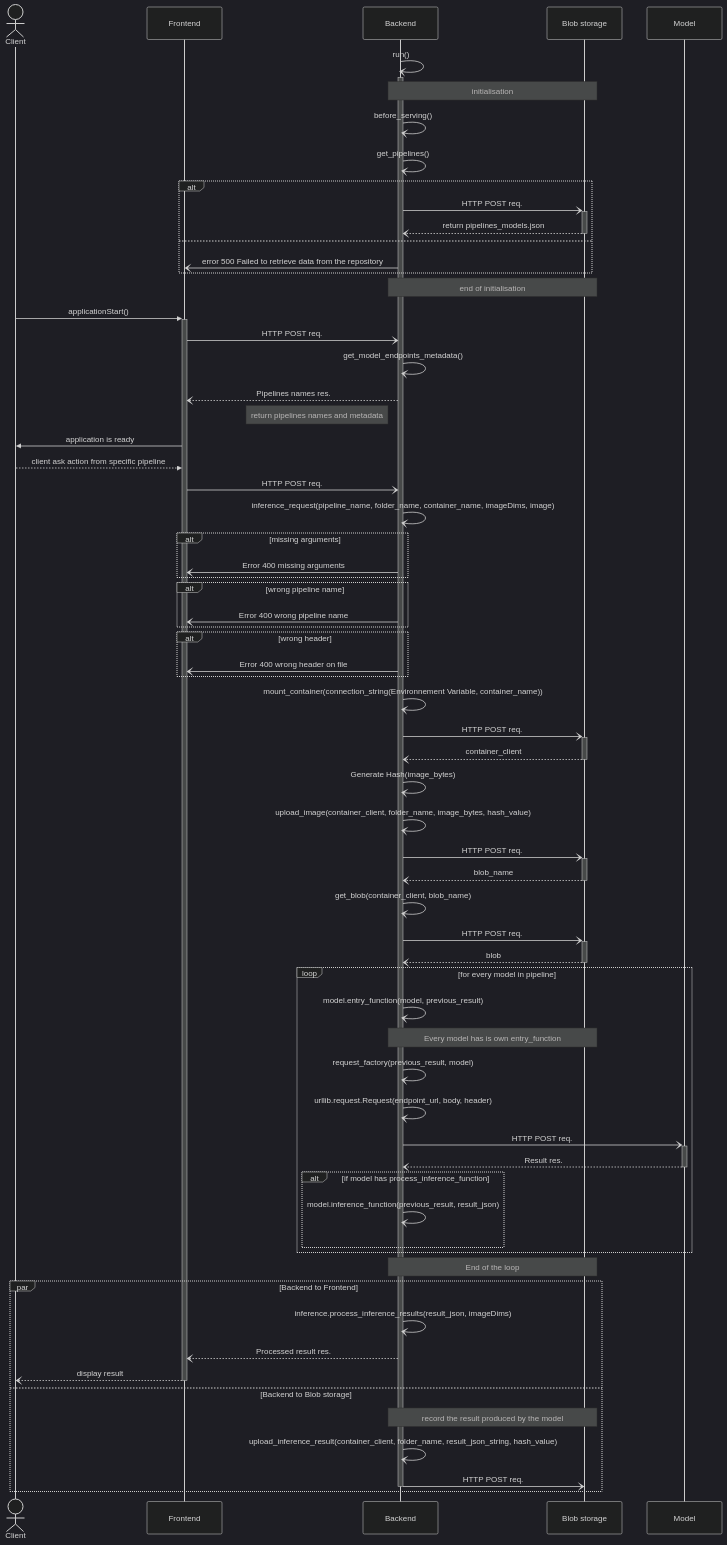
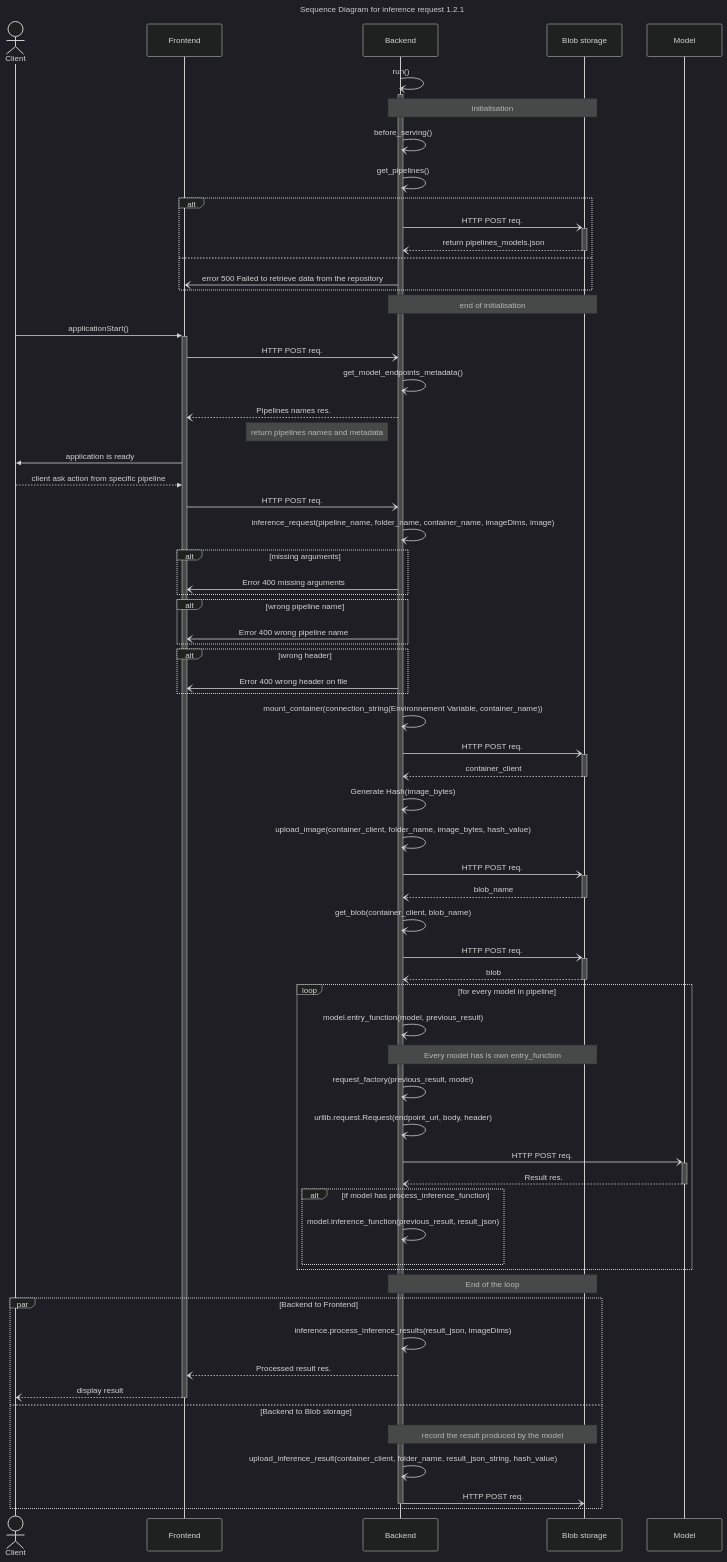
One commit to ai-cfia/nachet-backend changed the second of 2 diagrams in docs/nachet-inference-documentation.md. Above: the diagram before and after it, drawn with Mermaid (dark theme). The commit also changed other lines of this file and 4 other files, not shown here.

````diff
--- a/docs/nachet-inference-documentation.md
+++ b/docs/nachet-inference-documentation.md
@@ -62,77 +60,77 @@
 ```mermaid
 sequenceDiagram
-
+  title: Sequence Diagram for inference request 1.2.1
     actor Client
     participant Frontend
     participant Backend
     participant Blob storage
     participant Model
 
     Backend-)+Backend: run()
     Note over Backend,Blob storage: initialisation
     Backend-)Backend: before_serving()
     Backend-)Backend: get_pipelines()
     alt
     Backend-)+Blob storage: HTTP POST req.
     Blob storage--)-Backend: return pipelines_models.json
     else
     Backend-)Frontend: error 500 Failed to retrieve data from the repository
     end
     Note over Backend,Blob storage: end of initialisation
 
     Client->>+Frontend: applicationStart()
     Frontend-)Backend: HTTP POST req.
     Backend-)Backend: get_model_endpoints_metadata()
     Backend--)Frontend: Pipelines names res.
     Note left of Backend: return pipelines names and metadata
 
     Frontend->>Client: application is ready
     Client-->>Frontend: client ask action from specific pipeline
     Frontend-)Backend: HTTP POST req.
     Backend-)Backend: inference_request(pipeline_name, folder_name, container_name, imageDims, image)
     alt missing arguments
     Backend-)Frontend: Error 400 missing arguments
     end
     alt wrong pipeline name
     Backend-)Frontend: Error 400 wrong pipeline name
     end
     alt wrong header
     Backend-)Frontend: Error 400 wrong header on file
     end
 
     Backend-)Backend: mount_container(connection_string(Environnement Variable, container_name))
     Backend-)+Blob storage: HTTP POST req.
     Blob storage--)-Backend: container_client
 
     Backend-)Backend: Generate Hash(image_bytes)
 
     Backend-)Backend: upload_image(container_client, folder_name, image_bytes, hash_value)
     Backend-)+Blob storage: HTTP POST req.
     Blob storage--)-Backend: blob_name
 
     Backend-)Backend: get_blob(container_client, blob_name)
     Backend-)+Blob storage: HTTP POST req.
     Blob storage--)-Backend: blob
 
     loop for every model in pipeline
         Backend-)Backend: model.entry_function(model, previous_result)
         note over Backend, Blob storage: Every model has is own entry_function
         Backend-)Backend: request_factory(previous_result, model)
         Backend-)Backend: urllib.request.Request(endpoint_url, body, header)
         Backend-)+Model: HTTP POST req.
         Model--)-Backend: Result res.
         alt if model has process_inference_function
             Backend-) Backend: model.inference_function(previous_result, result_json)
         end
     end
     note over Backend, Blob storage: End of the loop
     par Backend to Frontend
         Backend-)Backend: inference.process_inference_results(result_json, imageDims)
         Backend--)Frontend: Processed result res.
         Frontend--)-Client: display result
     and Backend to Blob storage
         note over Backend, Blob storage: record the result produced by the model
         Backend-)Backend: upload_inference_result(container_client, folder_name, result_json_string, hash_value)
         Backend-)-Blob storage: HTTP POST req.
     end
 ```
````
